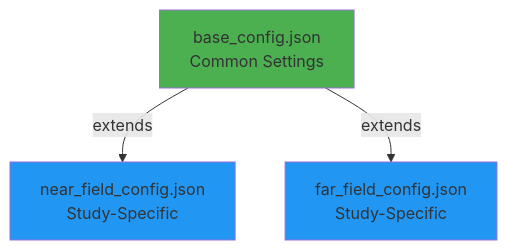
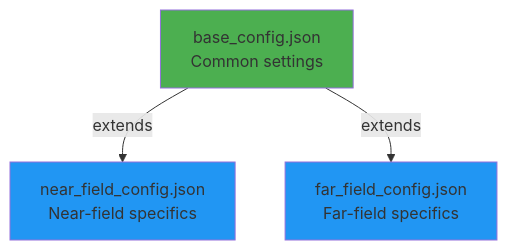
Before and after one commit to rwydaegh/goliat: the diagram in docs/configuration.md, drawn with Mermaid. The commit also changed other lines of this file and 105 other files, not shown here.

````diff
--- a/docs/configuration.md
+++ b/docs/configuration.md
@@ -9,13 +9,13 @@
 ```mermaid
 graph TD
-    base[base_config.json<br/>Common Settings]
-    nf[near_field_config.json<br/>Study-Specific]
-    ff[far_field_config.json<br/>Study-Specific]
+    base[base_config.json<br/>Common settings]
+    nf[near_field_config.json<br/>Near-field specifics]
+    ff[far_field_config.json<br/>Far-field specifics]
     
     base -->|extends| nf
     base -->|extends| ff
     
     style base fill:#4CAF50
     style nf fill:#2196F3
     style ff fill:#2196F3
 ```
````
